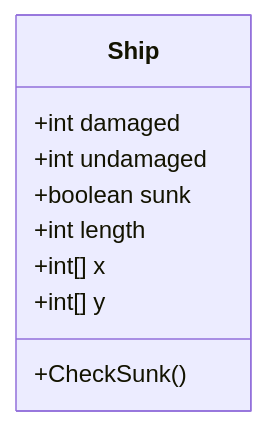
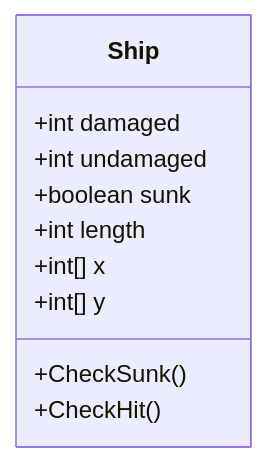
The first of 3 diagrams in README.md (Jackpang-kings/Battleships), drawn with Mermaid before and after one commit. The commit also changed other lines of this file, not shown here.

````diff
--- a/README.md
+++ b/README.md
@@ -5,12 +11,23 @@
 ```mermaid
+
 classDiagram
-    class Ship{
-        +int damaged
-        +int undamaged
-		+boolean sunk
-		+int length
-		+int[] x
-		+int[] y
-		+CheckSunk()
-    }
+
+    class Ship{
+
+        +int damaged
+
+        +int undamaged
+
+        +boolean sunk
+
+        +int length
+
+        +int[] x
+
+        +int[] y
+
+        +CheckSunk()
+		+CheckHit()
+    }
+
 ```
````
